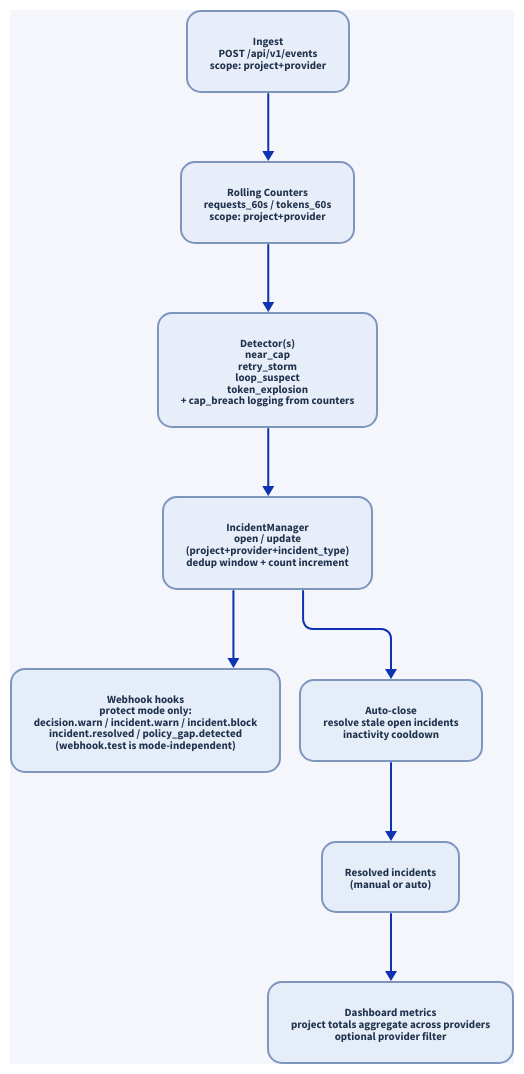
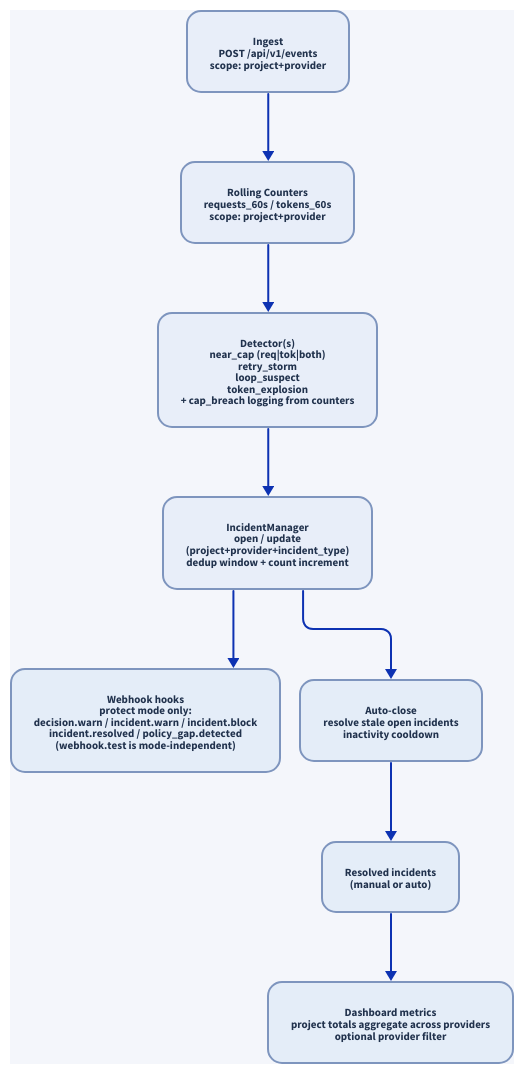
Before and after one commit to MichaelTelvin/Rheonic: the diagram in docs/architecture/incident_flow.d2, drawn with D2. The commit also changed 29 other files, not shown here.

```diff
--- a/docs/architecture/incident_flow.d2
+++ b/docs/architecture/incident_flow.d2
@@ -1,101 +1,101 @@
 direction: down
 
 vars: {
   d2-config: {
     pad: 22
     sketch: false
     layout-engine: elk
   }
 }
 
 style: {
   fill: "#f4f6fb"
 }
 
 ingest: "Ingest\nPOST /api/v1/events\nscope: project+provider" {
   style: {
     fill: "#e8eef9"
     stroke: "#7e95be"
     font-color: "#21324d"
     border-radius: 14
     font-size: 11
   }
 }
 
 counters: "Rolling Counters\nrequests_60s / tokens_60s\nscope: project+provider" {
   style: {
     fill: "#e8eef9"
     stroke: "#7e95be"
     font-color: "#21324d"
     border-radius: 14
     font-size: 11
   }
 }
 
-detectors: "Detector(s)\nnear_cap\nretry_storm\nloop_suspect\ntoken_explosion\n+ cap_breach logging from counters" {
+detectors: "Detector(s)\nnear_cap (req|tok|both)\nretry_storm\nloop_suspect\ntoken_explosion\n+ cap_breach logging from counters" {
   style: {
     fill: "#e8eef9"
     stroke: "#7e95be"
     font-color: "#21324d"
     border-radius: 14
     font-size: 11
   }
 }
 
 incident_manager: "IncidentManager\nopen / update\n(project+provider+incident_type)\ndedup window + count increment" {
   style: {
     fill: "#e8eef9"
     stroke: "#7e95be"
     font-color: "#21324d"
     border-radius: 14
     font-size: 11
   }
 }
 
 webhooks: "Webhook hooks\nprotect mode only:\ndecision.warn / incident.warn / incident.block\nincident.resolved / policy_gap.detected\n(webhook.test is mode-independent)" {
   style: {
     fill: "#e4edf8"
     stroke: "#7e95be"
     font-color: "#21324d"
     border-radius: 14
     font-size: 11
   }
 }
 
 autoclose: "Auto-close\nresolve stale open incidents\ninactivity cooldown" {
   style: {
     fill: "#e4edf8"
     stroke: "#7e95be"
     font-color: "#21324d"
     border-radius: 14
     font-size: 11
   }
 }
 
 resolved: "Resolved incidents\n(manual or auto)" {
   style: {
     fill: "#e4edf8"
     stroke: "#7e95be"
     font-color: "#21324d"
     border-radius: 14
     font-size: 11
   }
 }
 
 dashboard: "Dashboard metrics\nproject totals aggregate across providers\noptional provider filter" {
   style: {
     fill: "#e4edf8"
     stroke: "#7e95be"
     font-color: "#21324d"
     border-radius: 14
     font-size: 11
   }
 }
 
 ingest -> counters
 counters -> detectors
 detectors -> incident_manager
 incident_manager -> webhooks
 incident_manager -> autoclose
 autoclose -> resolved
 resolved -> dashboard
```
